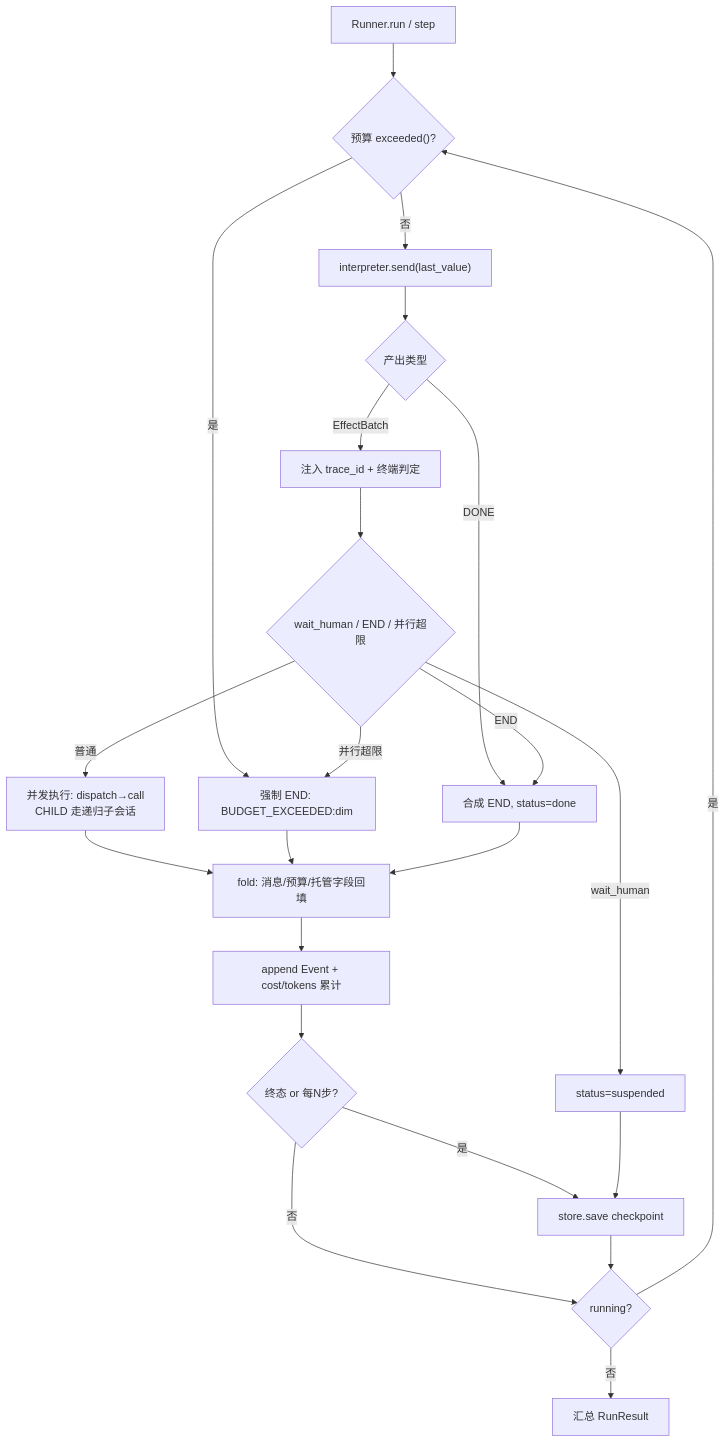
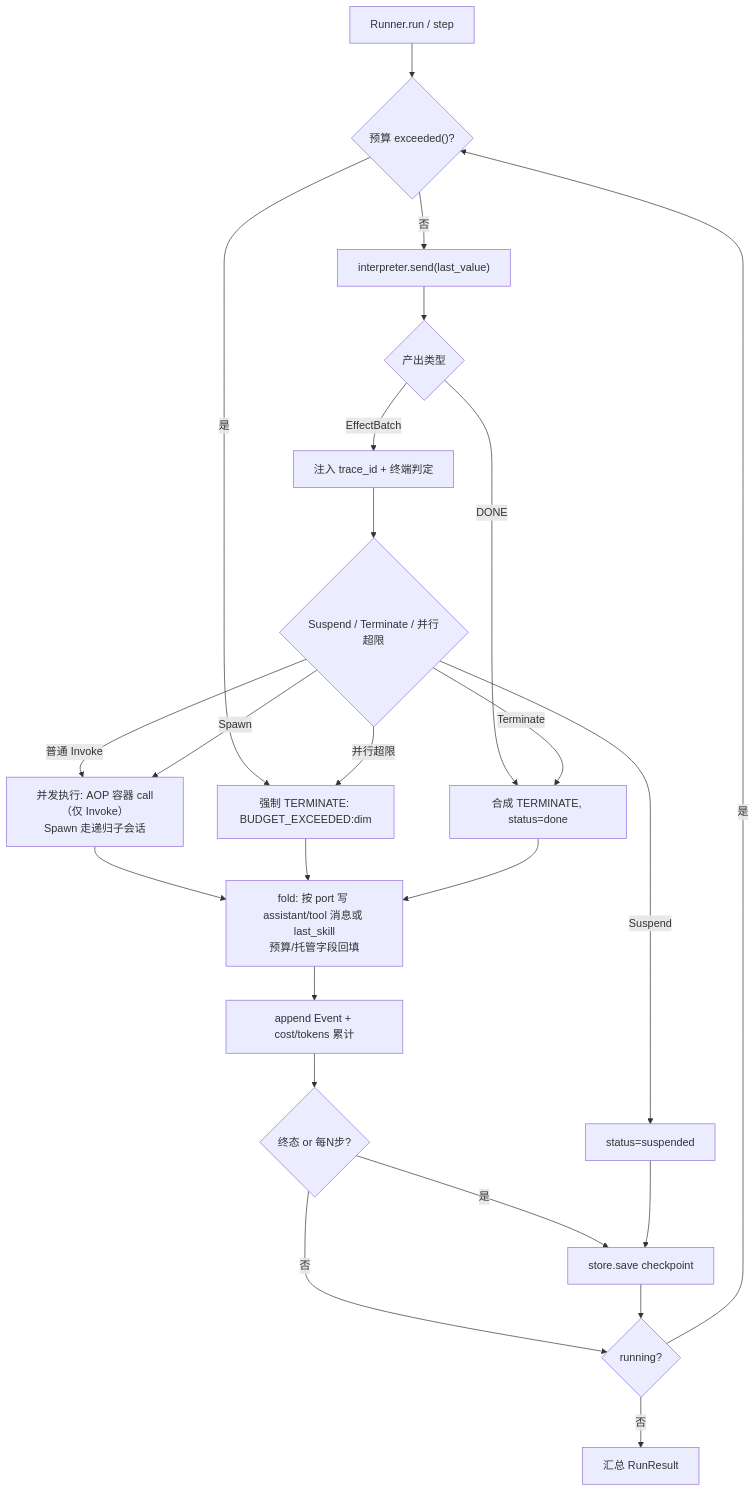
Before and after one commit to sao-lang/lll: the diagram in docs/02-模块详设/Agent/R1-核心运行时.md, drawn with Mermaid. The commit also changed other lines of this file and 127 other files, not shown here.

````diff
--- a/docs/02-模块详设/Agent/R1-核心运行时.md
+++ b/docs/02-模块详设/Agent/R1-核心运行时.md
@@ -26,25 +27,26 @@
 ```mermaid
 flowchart TD
     A["Runner.run / step"] --> B{"预算 exceeded()?"}
-    B -->|是| E["强制 END: BUDGET_EXCEEDED:dim"]
+    B -->|是| E["强制 TERMINATE: BUDGET_EXCEEDED:dim"]
     B -->|否| D["interpreter.send(last_value)"]
     D --> DD{"产出类型"}
-    DD -->|DONE| E2["合成 END, status=done"]
+    DD -->|DONE| E2["合成 TERMINATE, status=done"]
     DD -->|EffectBatch| T["注入 trace_id + 终端判定"]
-    T --> P{"wait_human / END / 并行超限"}
-    P -->|wait_human| S["status=suspended"]
-    P -->|END| E2
+    T --> P{"Suspend / Terminate / 并行超限"}
+    P -->|Suspend| S["status=suspended"]
+    P -->|Terminate| E2
     P -->|并行超限| E
-    P -->|普通| X["并发执行: dispatch→call<br/>CHILD 走递归子会话"]
-    X --> F["fold: 消息/预算/托管字段回填"]
+    P -->|"普通 Invoke"| X["并发执行: AOP 容器 call（仅 Invoke）<br/>Spawn 走递归子会话"]
+    P -->|Spawn| X
+    X --> F["fold: 按 port 写 assistant/tool 消息或 last_skill<br/>预算/托管字段回填"]
     F --> EV["append Event + cost/tokens 累计"]
     EV --> CK{"终态 or 每N步?"}
     CK -->|是| SV["store.save checkpoint"]
     CK -->|否| LOOP
     SV --> LOOP{"running?"}
     S --> SV
     E --> F
     E2 --> F
     LOOP -->|是| B
     LOOP -->|否| R["汇总 RunResult"]
 ```
````
